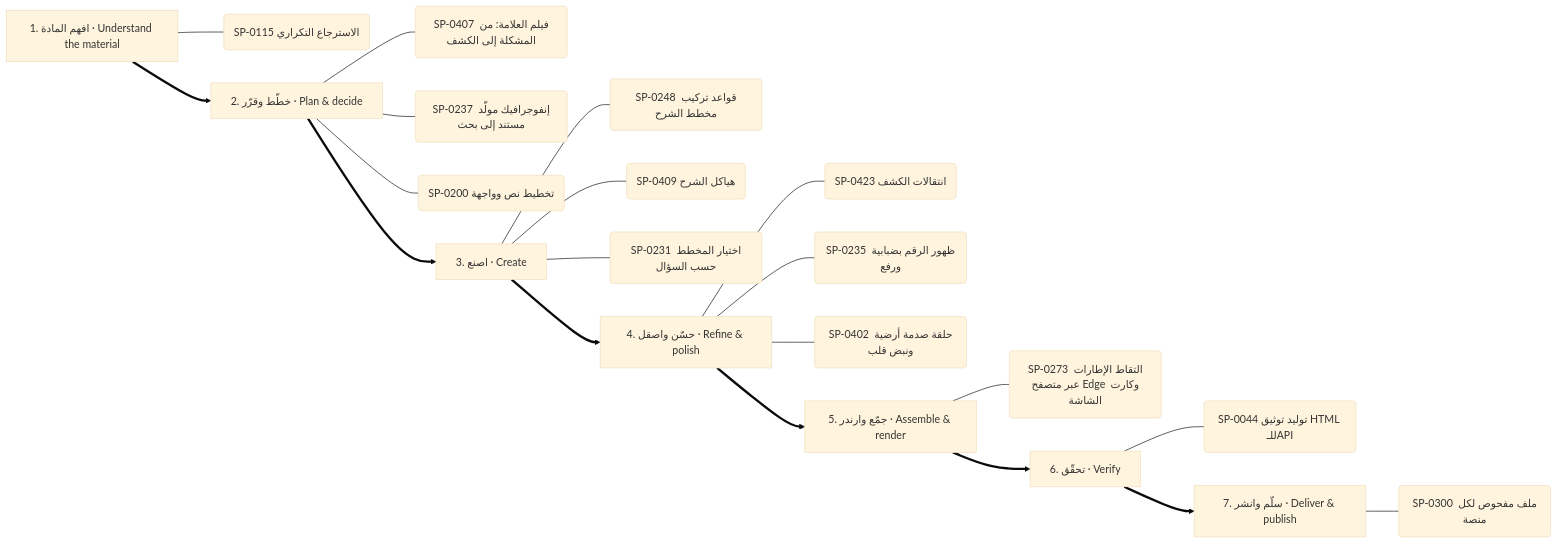
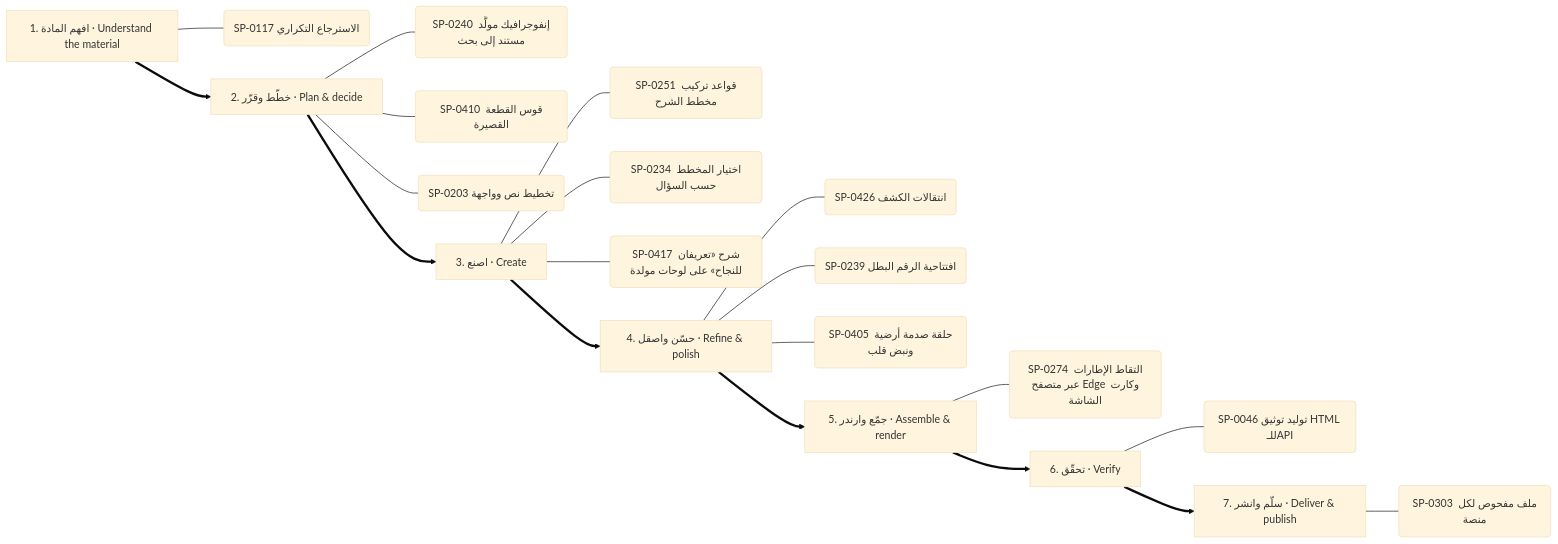
Before and after one commit to kosif199022-jpg/kosif-tool: the fifth of 13 diagrams in .claude/skills/kosif-superpowers/references/capability-mindmap.md, drawn with Mermaid (base theme). The commit also changed other lines of this file and 153 other files, not shown here.

````diff
--- a/.claude/skills/kosif-superpowers/references/capability-mindmap.md
+++ b/.claude/skills/kosif-superpowers/references/capability-mindmap.md
@@ -276,29 +272,29 @@
 ```mermaid
 flowchart LR
   S0["1. افهم المادة · Understand the material"]
-  S0 --- S0_0("SP-0115 الاسترجاع التكراري")
+  S0 --- S0_0("SP-0117 الاسترجاع التكراري")
   S1["2. خطّط وقرّر · Plan & decide"]
-  S1 --- S1_0("SP-0407 فيلم العلامة: من المشكلة إلى الكشف")
-  S1 --- S1_1("SP-0237 إنفوجرافيك مولَّد مستند إلى بحث")
-  S1 --- S1_2("SP-0200 تخطيط نص وواجهة")
+  S1 --- S1_0("SP-0240 إنفوجرافيك مولَّد مستند إلى بحث")
+  S1 --- S1_1("SP-0410 قوس القطعة القصيرة")
+  S1 --- S1_2("SP-0203 تخطيط نص وواجهة")
   S0 ==> S1
   S2["3. اصنع · Create"]
-  S2 --- S2_0("SP-0248 قواعد تركيب مخطط الشرح")
-  S2 --- S2_1("SP-0409 هياكل الشرح")
-  S2 --- S2_2("SP-0231 اختيار المخطط حسب السؤال")
+  S2 --- S2_0("SP-0251 قواعد تركيب مخطط الشرح")
+  S2 --- S2_1("SP-0234 اختيار المخطط حسب السؤال")
+  S2 --- S2_2("SP-0417 شرح «تعريفان للنجاح» على لوحات مولدة")
   S1 ==> S2
   S3["4. حسّن واصقل · Refine & polish"]
-  S3 --- S3_0("SP-0423 انتقالات الكشف")
-  S3 --- S3_1("SP-0235 ظهور الرقم بضبابية ورفع")
-  S3 --- S3_2("SP-0402 حلقة صدمة أرضية ونبض قلب")
+  S3 --- S3_0("SP-0426 انتقالات الكشف")
+  S3 --- S3_1("SP-0239 افتتاحية الرقم البطل")
+  S3 --- S3_2("SP-0405 حلقة صدمة أرضية ونبض قلب")
   S2 ==> S3
   S4["5. جمّع وارندر · Assemble & render"]
-  S4 --- S4_0("SP-0273 التقاط الإطارات عبر متصفح Edge وكارت الشاشة")
+  S4 --- S4_0("SP-0274 التقاط الإطارات عبر متصفح Edge وكارت الشاشة")
   S3 ==> S4
   S5["6. تحقّق · Verify"]
-  S5 --- S5_0("SP-0044 توليد توثيق HTML للـAPI")
+  S5 --- S5_0("SP-0046 توليد توثيق HTML للـAPI")
   S4 ==> S5
   S6["7. سلّم وانشر · Deliver & publish"]
-  S6 --- S6_0("SP-0300 ملف مفحوص لكل منصة")
+  S6 --- S6_0("SP-0303 ملف مفحوص لكل منصة")
   S5 ==> S6
 ```
````
